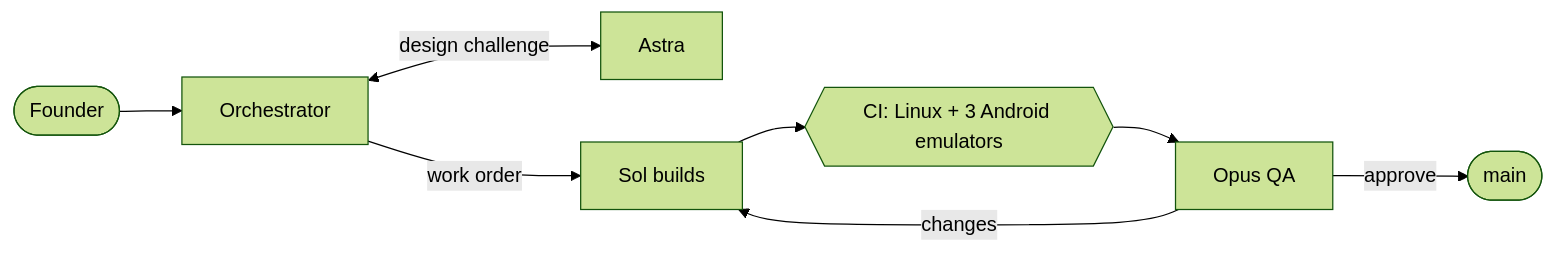
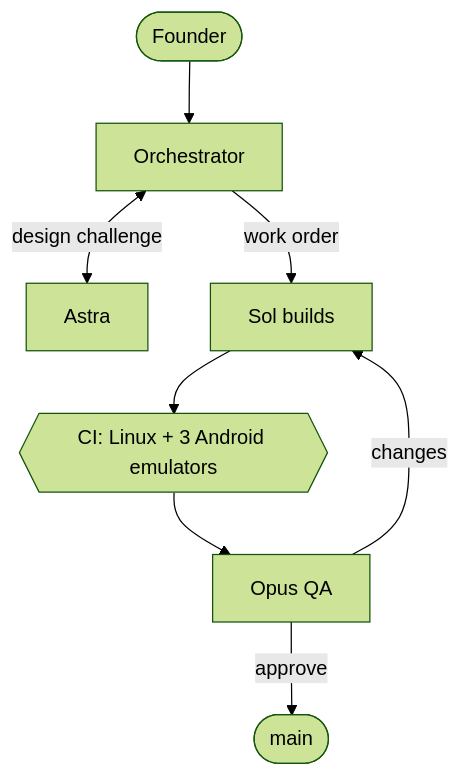
One commit to sayenah/ES-DE-Plus changed the diagram in .github/README.md. Above: the diagram before and after it, drawn with Mermaid (forest theme).

Commit message:
Front page: vertical workflow diagram

````diff
--- a/.github/README.md
+++ b/.github/README.md
@@ -85,10 +85,10 @@
 ```mermaid
-flowchart LR
+flowchart TB
     F([Founder]) --> O[Orchestrator]
     O <-->|design challenge| A[Astra]
     O -->|work order| S[Sol builds]
     S --> CI{{CI: Linux + 3 Android emulators}}
     CI --> Q[Opus QA]
     Q -->|changes| S
     Q -->|approve| M([main])
 ```
````
